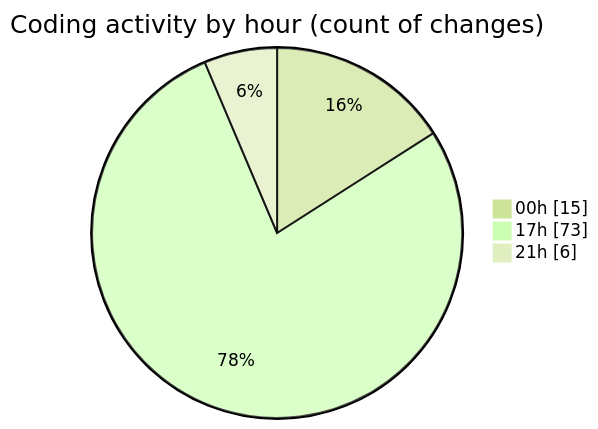
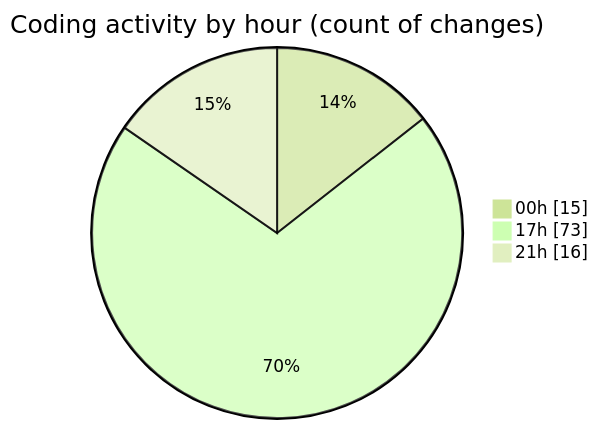
One commit to Netris89/code-tracking changed the second of 2 diagrams in 2025-04-06/echo/README.md. Above: the diagram before and after it, drawn with Mermaid (forest theme). The commit also changed other lines of this file and 1 other file, not shown here.

````diff
--- a/2025-04-06/echo/README.md
+++ b/2025-04-06/echo/README.md
@@ -38,7 +39,7 @@
 ```mermaid
 pie showData
 title Coding activity by hour (count of changes)
 "00h" : 15
 "17h" : 73
-"21h" : 6
+"21h" : 16
 ```
````
